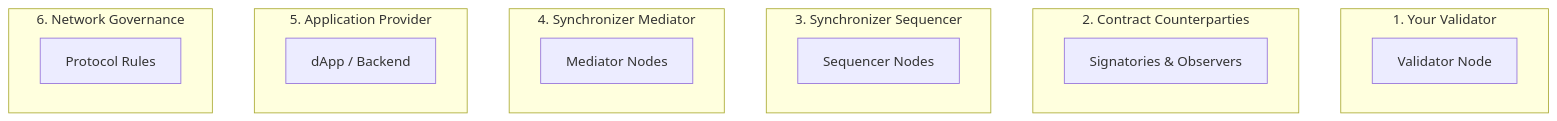
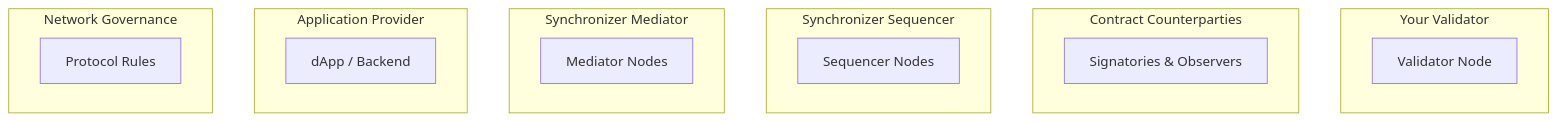
One commit to canton-network/cf-docs changed the diagram in docs-main/overview/learn/trust-model.mdx. Above: the diagram before and after it, drawn with Mermaid. The commit also changed 1 other file, not shown here.

Commit message:
Fix mermaid diagram rendering errors in trust-model and two-layer-consensus
Remove numbered prefixes, HTML <br> tags, and special characters from
mermaid labels that were being misinterpreted as markdown by Mintlify.

````diff
--- a/docs-main/overview/learn/trust-model.mdx
+++ b/docs-main/overview/learn/trust-model.mdx
@@ -16,26 +16,26 @@
 ```mermaid
 flowchart TB
-    subgraph TD1[1. Your Validator]
+    subgraph TD1[Your Validator]
         V[Validator Node]
     end
 
-    subgraph TD2[2. Contract Counterparties]
+    subgraph TD2[Contract Counterparties]
         CP[Signatories & Observers]
     end
 
-    subgraph TD3[3. Synchronizer Sequencer]
+    subgraph TD3[Synchronizer Sequencer]
         SEQ[Sequencer Nodes]
     end
 
-    subgraph TD4[4. Synchronizer Mediator]
+    subgraph TD4[Synchronizer Mediator]
         MED[Mediator Nodes]
     end
 
-    subgraph TD5[5. Application Provider]
+    subgraph TD5[Application Provider]
         APP[dApp / Backend]
     end
 
-    subgraph TD6[6. Network Governance]
+    subgraph TD6[Network Governance]
         GOV[Protocol Rules]
     end
 ```
````
